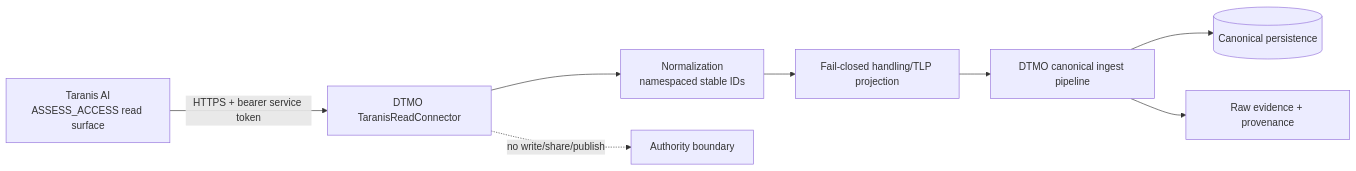
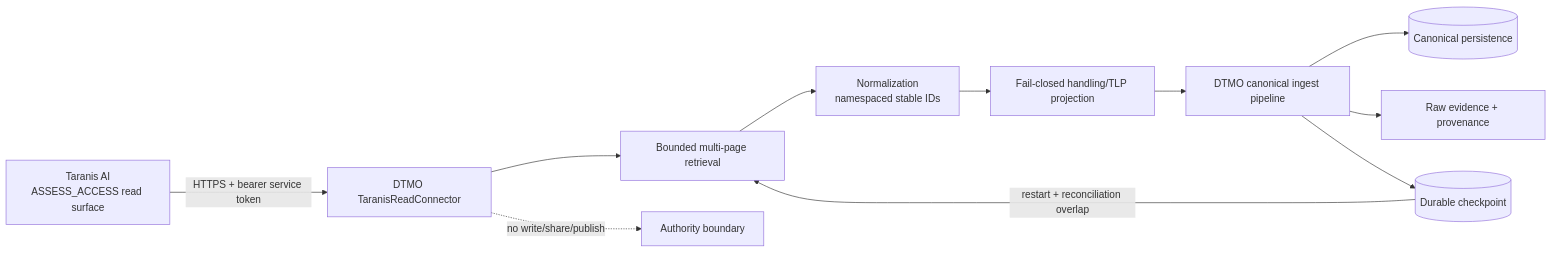
Before and after one commit to GJvManen/dtmo: the diagram in docs/integrations/TARANIS_ADAPTER.md, drawn with Mermaid. The commit also changed other lines of this file, not shown here.

Commit message:
Docs: describe Taranis checkpoint and reconciliation slice

````diff
--- a/docs/integrations/TARANIS_ADAPTER.md
+++ b/docs/integrations/TARANIS_ADAPTER.md
@@ -10,10 +10,13 @@
 ```mermaid
 flowchart LR
     T[Taranis AI\nASSESS_ACCESS read surface] -->|HTTPS + bearer service token| A[DTMO TaranisReadConnector]
-    A --> N[Normalization\nnamespaced stable IDs]
+    A --> Q[Bounded multi-page retrieval]
+    Q --> N[Normalization\nnamespaced stable IDs]
     N --> H[Fail-closed handling/TLP projection]
     H --> C[DTMO canonical ingest pipeline]
     C --> P[(Canonical persistence)]
     C --> E[Raw evidence + provenance]
+    C --> K[(Durable checkpoint)]
+    K -->|restart + reconciliation overlap| Q
     A -. no write/share/publish .-> X[Authority boundary]
 ```
````
